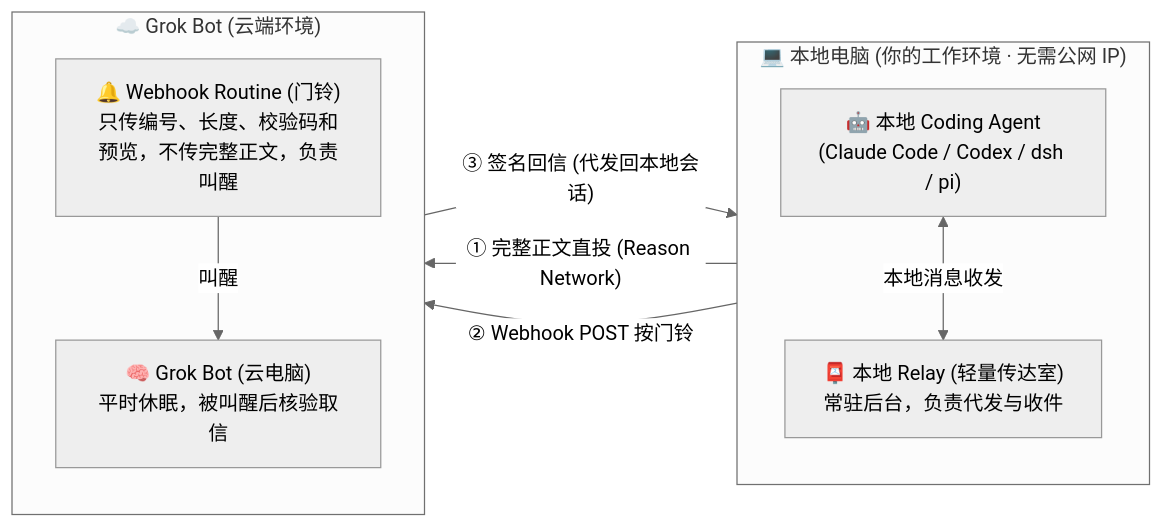
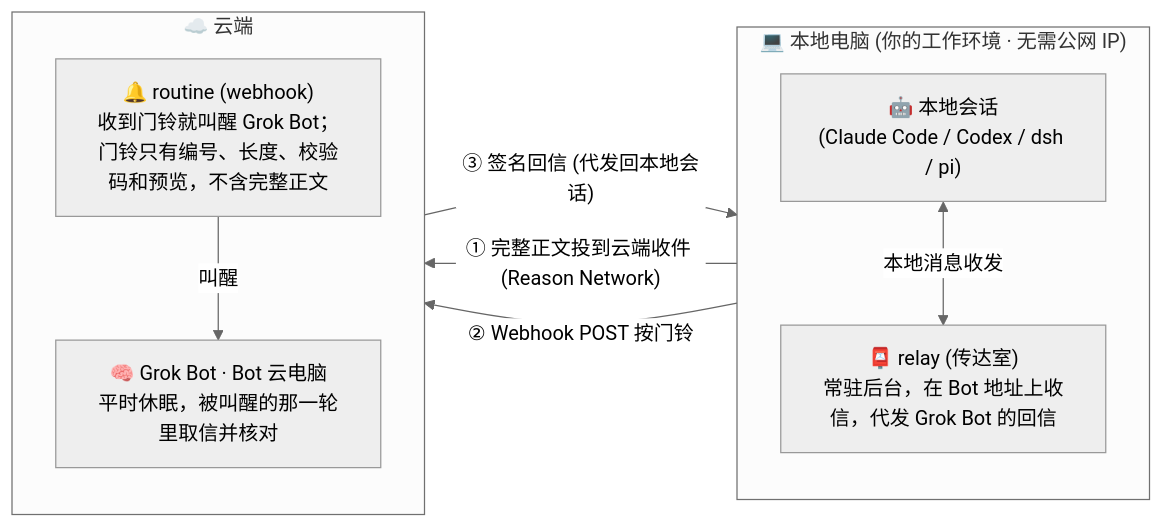
Before and after one commit to xiaozhenliu/agent-mesh: the first of 2 diagrams in README.zh-CN.md, drawn with Mermaid (neutral theme). The commit also changed other lines of this file and 13 other files, not shown here.

````diff
--- a/README.zh-CN.md
+++ b/README.zh-CN.md
@@ -22,20 +22,20 @@
 ```mermaid
 flowchart LR
     subgraph LOCAL["💻 本地电脑 (你的工作环境 · 无需公网 IP)"]
         direction TB
-        AGENT["🤖 本地 Coding Agent<br/>(Claude Code / Codex / dsh / pi)"]
-        RELAY["📮 本地 Relay (轻量传达室)<br/>常驻后台，负责代发与收件"]
+        AGENT["🤖 本地会话<br/>(Claude Code / Codex / dsh / pi)"]
+        RELAY["📮 relay (传达室)<br/>常驻后台，在 Bot 地址上收信，代发 Grok Bot 的回信"]
         AGENT <-->|"本地消息收发"| RELAY
     end
 
-    subgraph CLOUD["☁️ Grok Bot (云端环境)"]
+    subgraph CLOUD["☁️ 云端"]
         direction TB
-        DOORBELL["🔔 Webhook Routine (门铃)<br/>只传编号、长度、校验码和预览，不传完整正文，负责叫醒"]
-        BOT["🧠 Grok Bot (云电脑)<br/>平时休眠，被叫醒后核验取信"]
+        DOORBELL["🔔 routine (webhook)<br/>收到门铃就叫醒 Grok Bot；门铃只有编号、长度、校验码和预览，不含完整正文"]
+        BOT["🧠 Grok Bot · Bot 云电脑<br/>平时休眠，被叫醒的那一轮里取信并核对"]
         DOORBELL -->|"叫醒"| BOT
     end
 
-    RELAY -->|"① 完整正文直投 (Reason Network)"| BOT
+    RELAY -->|"① 完整正文投到云端收件 (Reason Network)"| BOT
     RELAY -->|"② Webhook POST 按门铃"| DOORBELL
     BOT -->|"③ 签名回信 (代发回本地会话)"| RELAY
 ```
````
